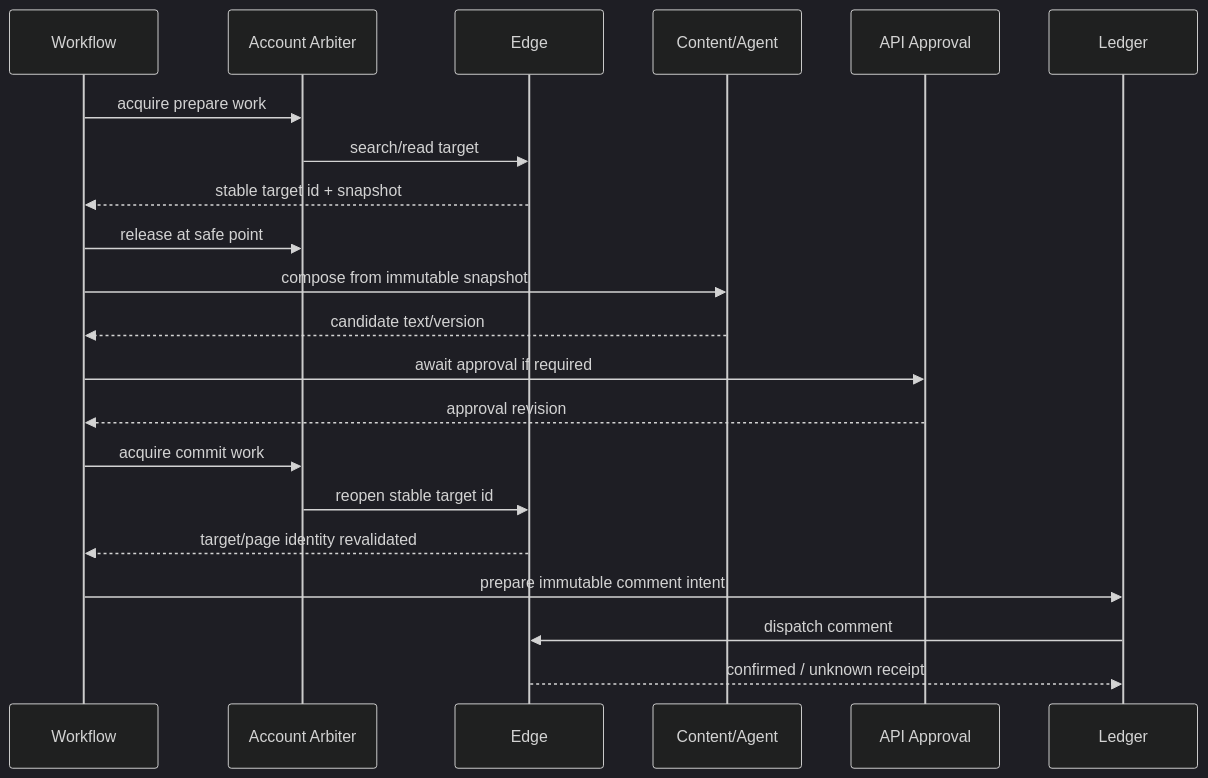
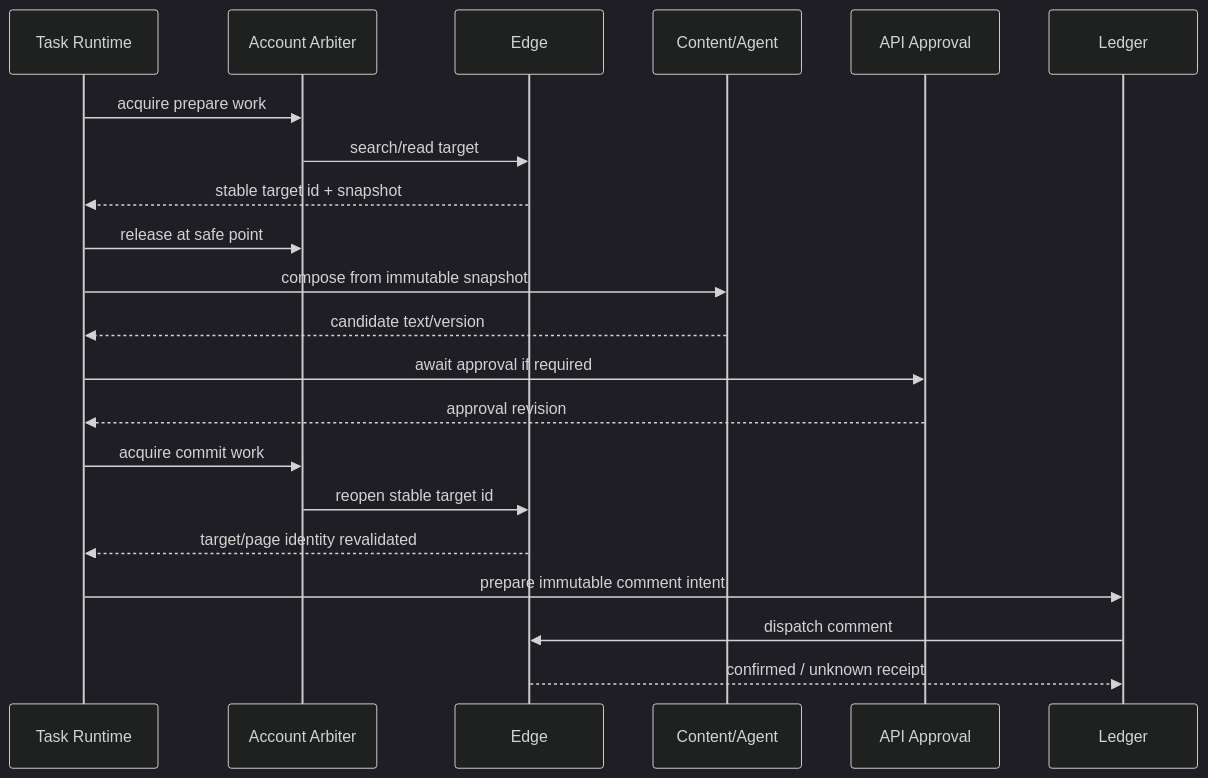
Before and after one commit to tommax-bai/aidcp: the fifth of 6 diagrams in openspec/changes/add-managed-automation-runtime/design.md, drawn with Mermaid (dark theme). The commit also changed other lines of this file and 8 other files, not shown here.

Commit message:
docs: clarify automation task runtime model

````diff
--- a/openspec/changes/add-managed-automation-runtime/design.md
+++ b/openspec/changes/add-managed-automation-runtime/design.md
@@ -547,24 +742,24 @@
 ```mermaid
 sequenceDiagram
-  participant W as Workflow
+  participant W as Task Runtime
   participant A as Account Arbiter
   participant E as Edge
   participant C as Content/Agent
   participant API as API Approval
   participant L as Ledger
 
   W->>A: acquire prepare work
   A->>E: search/read target
   E-->>W: stable target id + snapshot
   W->>A: release at safe point
   W->>C: compose from immutable snapshot
   C-->>W: candidate text/version
   W->>API: await approval if required
   API-->>W: approval revision
   W->>A: acquire commit work
   A->>E: reopen stable target id
   E-->>W: target/page identity revalidated
   W->>L: prepare immutable comment intent
   L->>E: dispatch comment
   E-->>L: confirmed / unknown receipt
 ```
````
